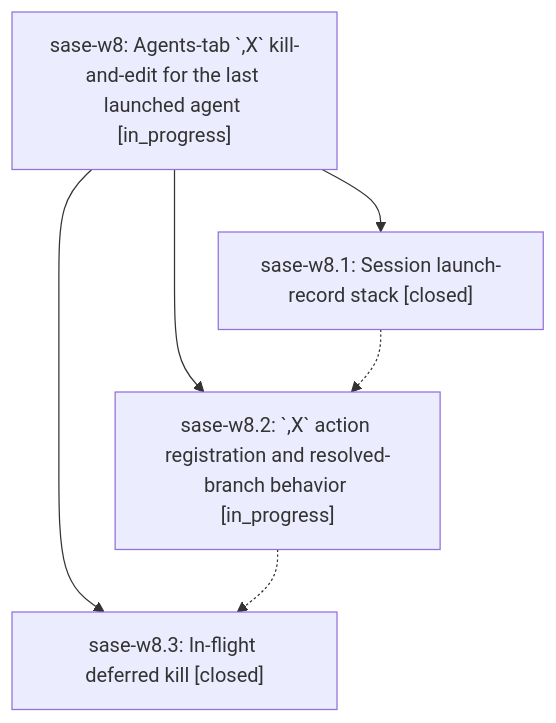
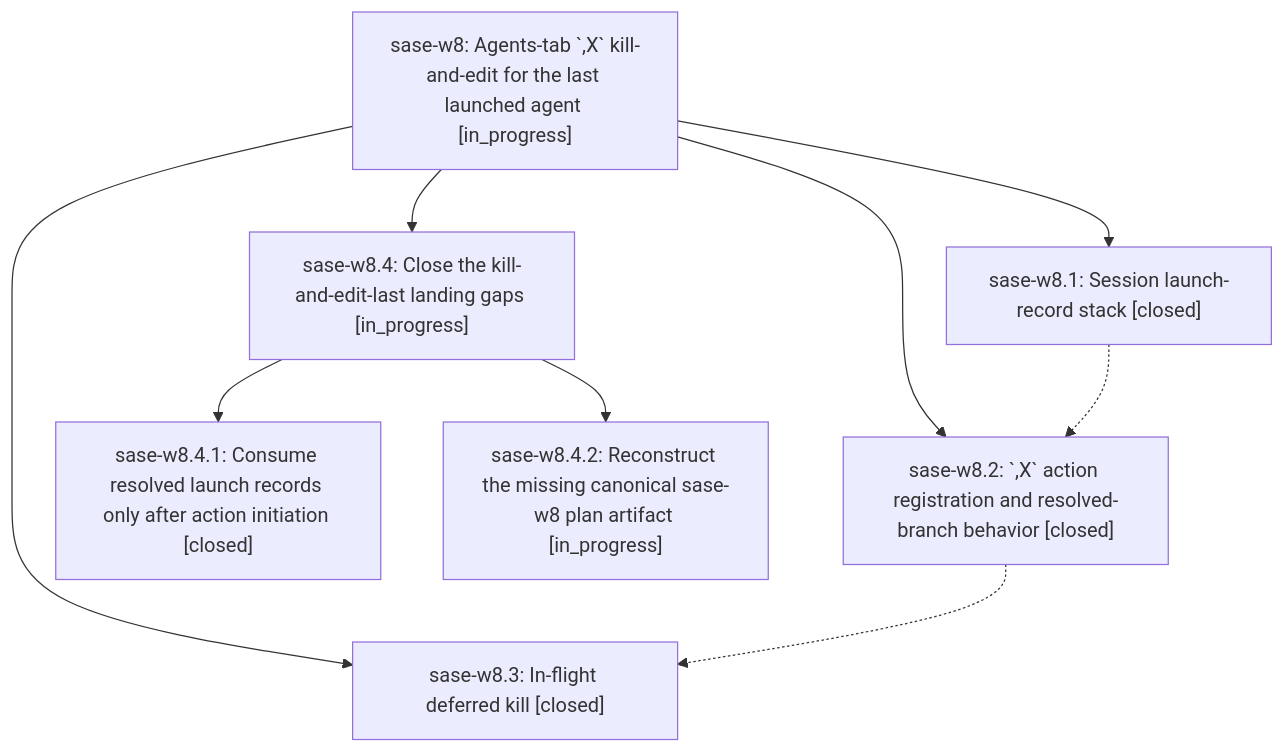
The diagram in pages/sase-w8/README.md (sase-org/sase--beads), drawn with Mermaid before and after one commit. The commit also changed other lines of this file and 6 other files, not shown here.

````diff
--- a/pages/sase-w8/README.md
+++ b/pages/sase-w8/README.md
@@ -42,12 +42,18 @@
 ```mermaid
 flowchart TD
     n0["sase-w8: Agents-tab `,X` kill-and-edit for the last launched agent [in_progress]"]
     n1["sase-w8.1: Session launch-record stack [closed]"]
-    n2["sase-w8.2: `,X` action registration and resolved-branch behavior [in_progress]"]
+    n2["sase-w8.2: `,X` action registration and resolved-branch behavior [closed]"]
     n3["sase-w8.3: In-flight deferred kill [closed]"]
+    n4["sase-w8.4: Close the kill-and-edit-last landing gaps [in_progress]"]
+    n5["sase-w8.4.1: Consume resolved launch records only after action initiation [closed]"]
+    n6["sase-w8.4.2: Reconstruct the missing canonical sase-w8 plan artifact [in_progress]"]
     n0 --> n1
     n0 --> n2
     n0 --> n3
+    n0 --> n4
+    n4 --> n5
+    n4 --> n6
     n1 -.-> n2
     n2 -.-> n3
 ```
````
